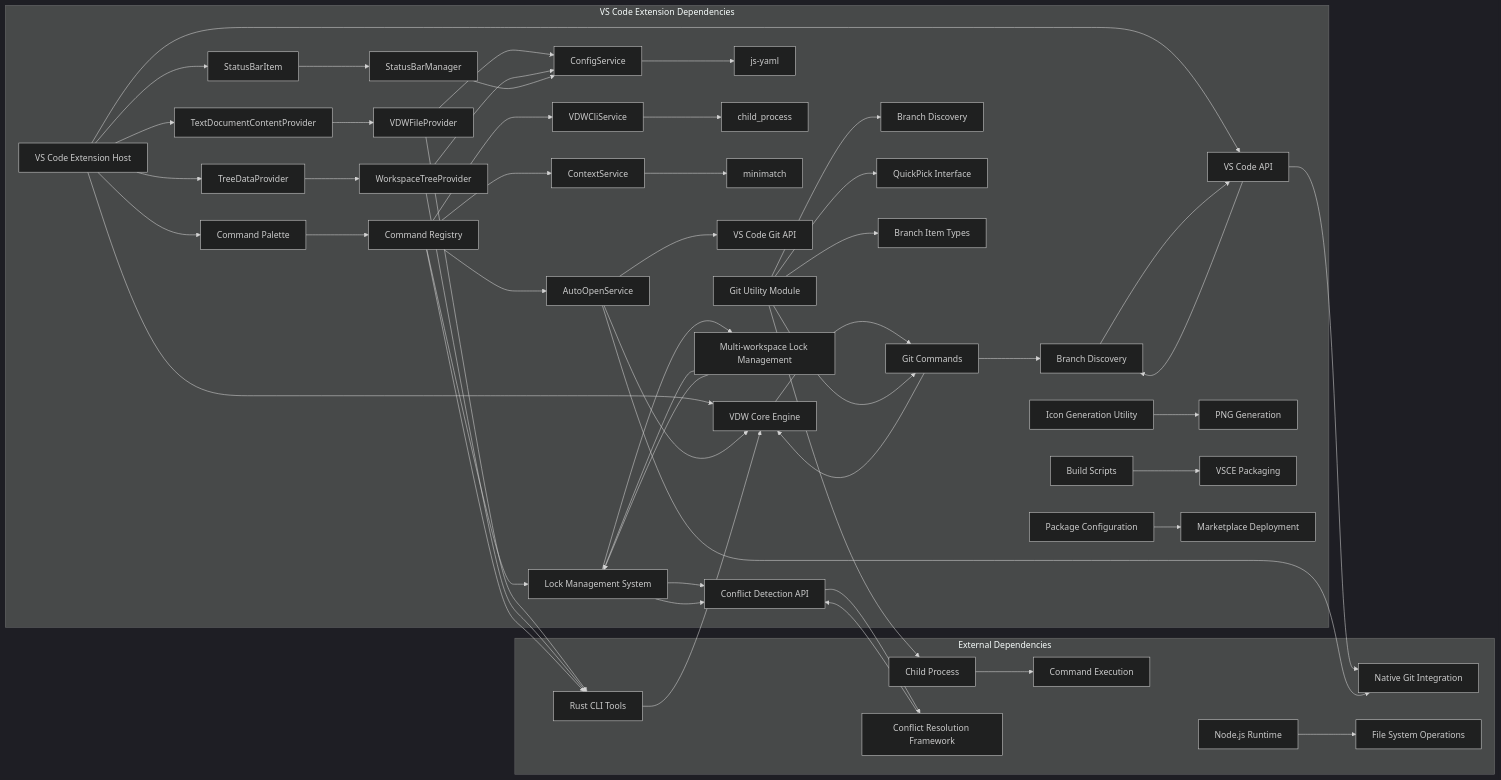
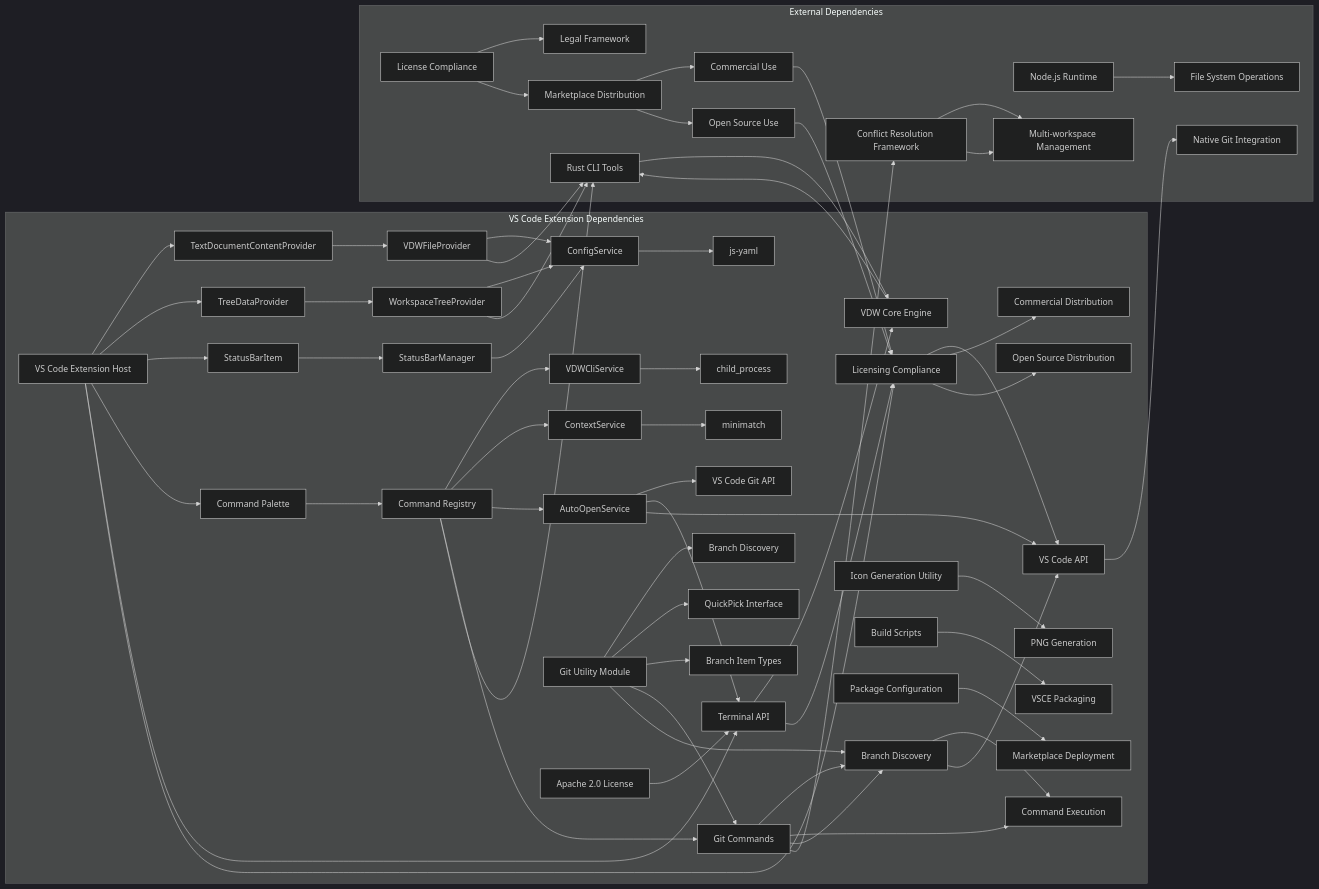
Before and after one commit to HWH-2019/vdw: the sixth of 6 diagrams in .qoder/repowiki/en/content/Core Features Documentation/VS Code Plugin Bridge & IDE Integration.md, drawn with Mermaid (dark theme). The commit also changed other lines of this file and 18 other files, not shown here.

````diff
--- a/.qoder/repowiki/en/content/Core Features Documentation/VS Code Plugin Bridge & IDE Integration.md
+++ b/.qoder/repowiki/en/content/Core Features Documentation/VS Code Plugin Bridge & IDE Integration.md
@@ -1054,57 +1140,65 @@
 ```mermaid
 graph LR
 subgraph "VS Code Extension Dependencies"
 A[VS Code Extension Host] --> B[TextDocumentContentProvider]
 A --> C[TreeDataProvider]
 A --> D[StatusBarItem]
 A --> E[Command Palette]
 A --> FF[Terminal API]
 A --> GG[QuickPick API]
 B --> H[VDWFileProvider]
 C --> I[WorkspaceTreeProvider]
 D --> J[StatusBarManager]
 E --> K[Command Registry]
 FF --> KK[Terminal Integration]
 GG --> LL[Branch Selection UI]
 H --> M[ConfigService]
 I --> M
 J --> M
 K --> N[VDWCliService]
 K --> O[ContextService]
 K --> P[AutoOpenService]
 K --> PP[EditableLockService]
 M --> Q[js-yaml]
 N --> R[child_process]
 O --> S[minimatch]
 P --> T[VS Code Git API]
 P --> FF
 PP --> QQ[Conflict Detection API]
 PP --> RR[Multi-workspace Lock Management]
 U[Git Utility Module] --> V[Branch Discovery]
 U --> W[QuickPick Interface]
 U --> X[Branch Item Types]
 Y[Icon Generation Utility] --> Z[PNG Generation]
 AA[Build Scripts] --> BB[VSCE Packaging]
 CC[Package Configuration] --> DD[Marketplace Deployment]
+EE[Apache 2.0 License] --> FF
+FF --> GG[Licensing Compliance]
+GG --> HH[Commercial Distribution]
+GG --> II[Open Source Distribution]
 end
 subgraph "External Dependencies"
-EE[Rust CLI Tools] --> FF[VDW Core Engine]
-GG[VS Code API] --> HH[Native Git Integration]
-II[Node.js Runtime] --> JJ[File System Operations]
-KK[Git Commands] --> LL[Branch Discovery]
-MM[Child Process] --> NN[Command Execution]
-QQ --> OO[Conflict Resolution Framework]
-RR --> PP[Lock Management System]
+JJ[Rust CLI Tools] --> KK[VDW Core Engine]
+LL[VS Code API] --> MM[Native Git Integration]
+NN[Node.js Runtime] --> OO[File System Operations]
+PP[Git Commands] --> QQ[Branch Discovery]
+QQ --> RR[Command Execution]
+SS[Conflict Resolution Framework] --> TT[Multi-workspace Management]
+UU[License Compliance] --> VV[Legal Framework]
+WW[Marketplace Distribution] --> XX[Commercial Use]
+WW --> YY[Open Source Use]
 end
-H --> EE
-I --> EE
-K --> EE
-P --> HH
-PP --> QQ
-KK --> FF
-LL --> GG
-U --> KK
-U --> MM
-OO --> QQ
-RR --> PP
+H --> JJ
+I --> JJ
+K --> JJ
+P --> LL
+PP --> SS
+KK --> JJ
+QQ --> LL
+U --> PP
+U --> QQ
+SS --> TT
+UU --> WW
+XX --> GG
+YY --> GG
 ```
````
